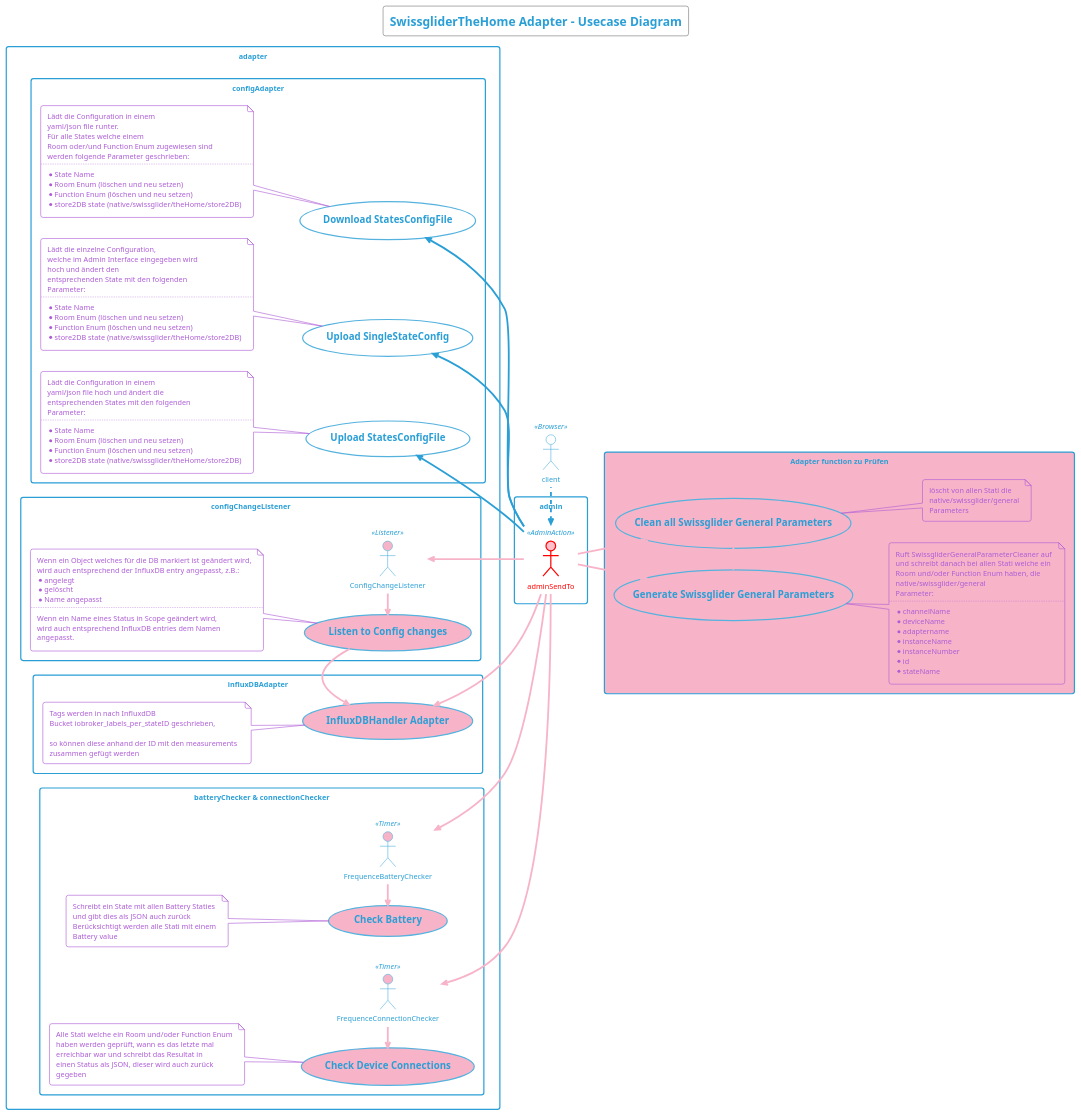
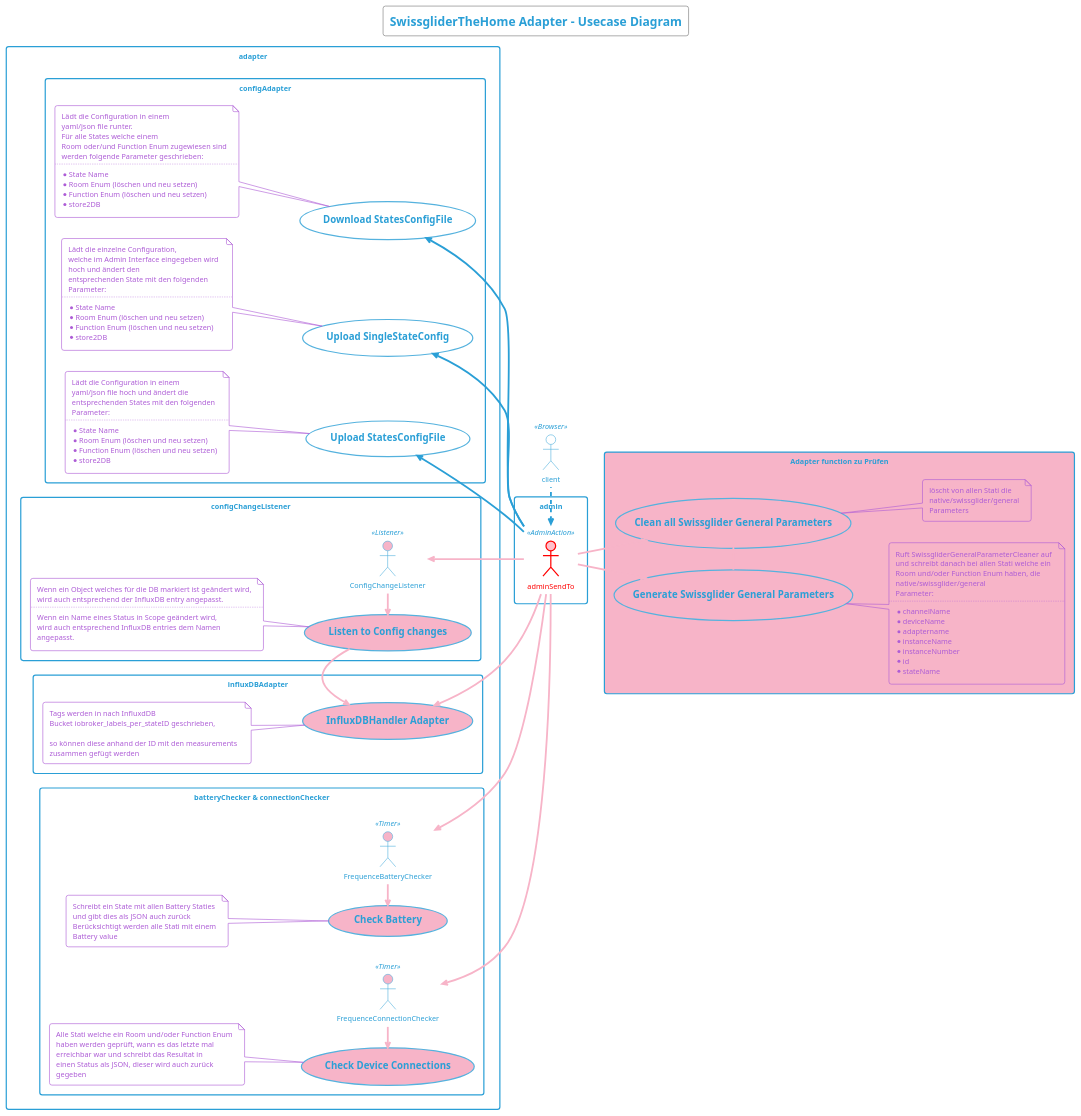
Before and after one commit to swissglider/iobroker.thehome: the diagram in docu/plantuml/server/SwissgliderTheHome - Usecase Diagram.iuml, drawn with PlantUML. The commit also changed 22 other files, not shown here.

Commit message:
some InfluxDBHandler Adapter topics fixed and swissglider native removed

```diff
--- a/docu/plantuml/server/SwissgliderTheHome - Usecase Diagram.iuml
+++ b/docu/plantuml/server/SwissgliderTheHome - Usecase Diagram.iuml
@@ -1,146 +1,143 @@
 @startuml
 !theme cyborg-outline
 
 title
     SwissgliderTheHome Adapter - Usecase Diagram
 end title
 
 actor client << Browser >>
 rectangle admin {
     actor adminSendTo << AdminAction >> #pink;line:red;line.bold;text:red
 }
 
 rectangle adapter {
     rectangle "configAdapter" {
         usecase ConfigDownloader as "=Download StatesConfigFile"
             note top
                 Lädt die Configuration in einem 
                 yaml/json file runter. 
                 Für alle States welche einem 
                 Room oder/und Function Enum zugewiesen sind
                 werden folgende Parameter geschrieben:
                 ..
                 * State Name
                 * Room Enum (löschen und neu setzen)
                 * Function Enum (löschen und neu setzen)
-                * store2DB state (native/swissglider/theHome/store2DB)
+                * store2DB
             end note
         usecase SingleUploader as "=Upload SingleStateConfig"
             note top
                 Lädt die einzelne Configuration, 
                 welche im Admin Interface eingegeben wird 
                 hoch und ändert den
                 entsprechenden State mit den folgenden
                 Parameter:
                 ..
                 * State Name
                 * Room Enum (löschen und neu setzen)
                 * Function Enum (löschen und neu setzen)
-                * store2DB state (native/swissglider/theHome/store2DB)
+                * store2DB
             end note
         usecase ConfigUploader as "=Upload StatesConfigFile"
             note top
                 Lädt die Configuration in einem 
                 yaml/json file hoch und ändert die
                 entsprechenden States mit den folgenden
                 Parameter:
                 ..
                 * State Name
                 * Room Enum (löschen und neu setzen)
                 * Function Enum (löschen und neu setzen)
-                * store2DB state (native/swissglider/theHome/store2DB)
+                * store2DB
             end note
     }
 
     rectangle "configChangeListener" {
         actor ConfigChangeListener << Listener >> #F7B4C8
         usecase ConfigChangePreWorker as "=Listen to Config changes" #F7B4C8
             note top
                 Wenn ein Object welches für die DB markiert ist geändert wird,
-                wird auch entsprechend der InfluxDB entry angepasst, z.B.:
-                * angelegt
-                * gelöscht
-                * Name angepasst
+                wird auch entsprechend der InfluxDB entry angepasst.
                 ..
                 Wenn ein Name eines Status in Scope geändert wird, 
                 wird auch entsprechend InfluxDB entries dem Namen
                 angepasst.
             end note
     }
 
     rectangle "influxDBAdapter" {
         usecase InfluxDBConverter as "=InfluxDBHandler Adapter" #F7B4C8
             note top
                 Tags werden in nach InfluxdDB 
                 Bucket iobroker_labels_per_stateID geschrieben,
-                
+
                 so können diese anhand der ID mit den measurements 
                 zusammen gefügt werden
             end note
     }
 
     rectangle "batteryChecker & connectionChecker" {
         actor FrequenceBatteryChecker << Timer >> #F7B4C8
         actor FrequenceConnectionChecker << Timer >> #F7B4C8
         usecase BatteryChecker as "=Check Battery" #F7B4C8
             note top
                 Schreibt ein State mit allen Battery Staties
                 und gibt dies als JSON auch zurück
                 Berücksichtigt werden alle Stati mit einem
                 Battery value
             end note
         usecase ConnectionChecker as "=Check Device Connections" #F7B4C8
             note top 
                 Alle Stati welche ein Room und/oder Function Enum
                 haben werden geprüft, wann es das letzte mal
                 erreichbar war und schreibt das Resultat in
                 einen Status als JSON, dieser wird auch zurück
                 gegeben
             end note
     }
 }
 rectangle adapter1 as "Adapter function zu Prüfen" #F7B4C8 {
     usecase SwissgliderGeneralParameterGenerator as "=Generate Swissglider General Parameters"
         note bottom
             Ruft SwissgliderGeneralParameterCleaner auf
             und schreibt danach bei allen Stati welche ein 
             Room und/oder Function Enum haben, die
             native/swissglider/general
             Parameter:
             ..
             * channelName
             * deviceName
             * adaptername
             * instanceName
             * instanceNumber
             * id
             * stateName
         end note
     usecase SwissgliderGeneralParameterCleaner as "=Clean all Swissglider General Parameters"
         note bottom
             löscht von allen Stati die 
             native/swissglider/general
             Parameters
         end note
 }
 
 left to right direction
 client -left..> adminSendTo
 adminSendTo -up-> ConfigUploader
 adminSendTo -up-> SingleUploader
 adminSendTo -up-> ConfigDownloader
 adminSendTo -up-> ConfigChangeListener  #F7B4C8
 adminSendTo -up-> FrequenceBatteryChecker  #F7B4C8
 adminSendTo -up-> FrequenceConnectionChecker  #F7B4C8
 adminSendTo -up-> InfluxDBConverter  #F7B4C8
 adminSendTo -down-> SwissgliderGeneralParameterGenerator  #F7B4C8
 adminSendTo -down-> SwissgliderGeneralParameterCleaner  #F7B4C8
 SwissgliderGeneralParameterGenerator -> SwissgliderGeneralParameterCleaner  #F7B4C8
 
 FrequenceBatteryChecker -left-> BatteryChecker  #F7B4C8
 FrequenceConnectionChecker -left-> ConnectionChecker  #F7B4C8
 ConfigChangeListener -left-> ConfigChangePreWorker  #F7B4C8
 
 ConfigChangePreWorker -> InfluxDBConverter  #F7B4C8
 
 @enduml
```
